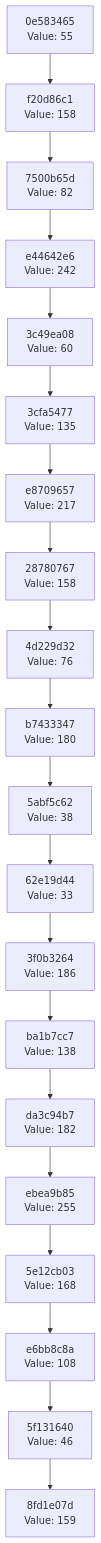
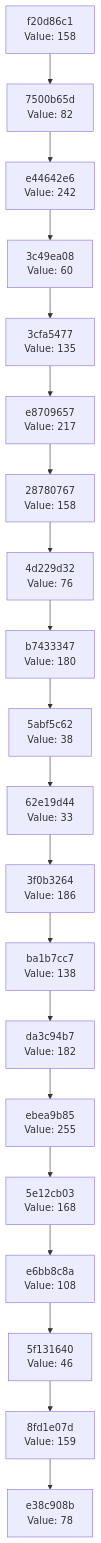
Before and after one commit to Abhisheksinha1506/hash-chain-evolver: the diagram in docs/CHAIN_VISUALIZATION.md, drawn with Mermaid. The commit also changed 3 other files, not shown here.

````diff
--- a/docs/CHAIN_VISUALIZATION.md
+++ b/docs/CHAIN_VISUALIZATION.md
@@ -3,42 +3,42 @@
 ```mermaid
 graph TD
-    C0["8fd1e07d<br/>Value: 159"]
-    C1["5f131640<br/>Value: 46"]
+    C0["e38c908b<br/>Value: 78"]
+    C1["8fd1e07d<br/>Value: 159"]
     C1 --> C0
-    C2["e6bb8c8a<br/>Value: 108"]
+    C2["5f131640<br/>Value: 46"]
     C2 --> C1
-    C3["5e12cb03<br/>Value: 168"]
+    C3["e6bb8c8a<br/>Value: 108"]
     C3 --> C2
-    C4["ebea9b85<br/>Value: 255"]
+    C4["5e12cb03<br/>Value: 168"]
     C4 --> C3
-    C5["da3c94b7<br/>Value: 182"]
+    C5["ebea9b85<br/>Value: 255"]
     C5 --> C4
-    C6["ba1b7cc7<br/>Value: 138"]
+    C6["da3c94b7<br/>Value: 182"]
     C6 --> C5
-    C7["3f0b3264<br/>Value: 186"]
+    C7["ba1b7cc7<br/>Value: 138"]
     C7 --> C6
-    C8["62e19d44<br/>Value: 33"]
+    C8["3f0b3264<br/>Value: 186"]
     C8 --> C7
-    C9["5abf5c62<br/>Value: 38"]
+    C9["62e19d44<br/>Value: 33"]
     C9 --> C8
-    C10["b7433347<br/>Value: 180"]
+    C10["5abf5c62<br/>Value: 38"]
     C10 --> C9
-    C11["4d229d32<br/>Value: 76"]
+    C11["b7433347<br/>Value: 180"]
     C11 --> C10
-    C12["28780767<br/>Value: 158"]
+    C12["4d229d32<br/>Value: 76"]
     C12 --> C11
-    C13["e8709657<br/>Value: 217"]
+    C13["28780767<br/>Value: 158"]
     C13 --> C12
-    C14["3cfa5477<br/>Value: 135"]
+    C14["e8709657<br/>Value: 217"]
     C14 --> C13
-    C15["3c49ea08<br/>Value: 60"]
+    C15["3cfa5477<br/>Value: 135"]
     C15 --> C14
-    C16["e44642e6<br/>Value: 242"]
+    C16["3c49ea08<br/>Value: 60"]
     C16 --> C15
-    C17["7500b65d<br/>Value: 82"]
+    C17["e44642e6<br/>Value: 242"]
     C17 --> C16
-    C18["f20d86c1<br/>Value: 158"]
+    C18["7500b65d<br/>Value: 82"]
     C18 --> C17
-    C19["0e583465<br/>Value: 55"]
+    C19["f20d86c1<br/>Value: 158"]
     C19 --> C18
 ```
````
